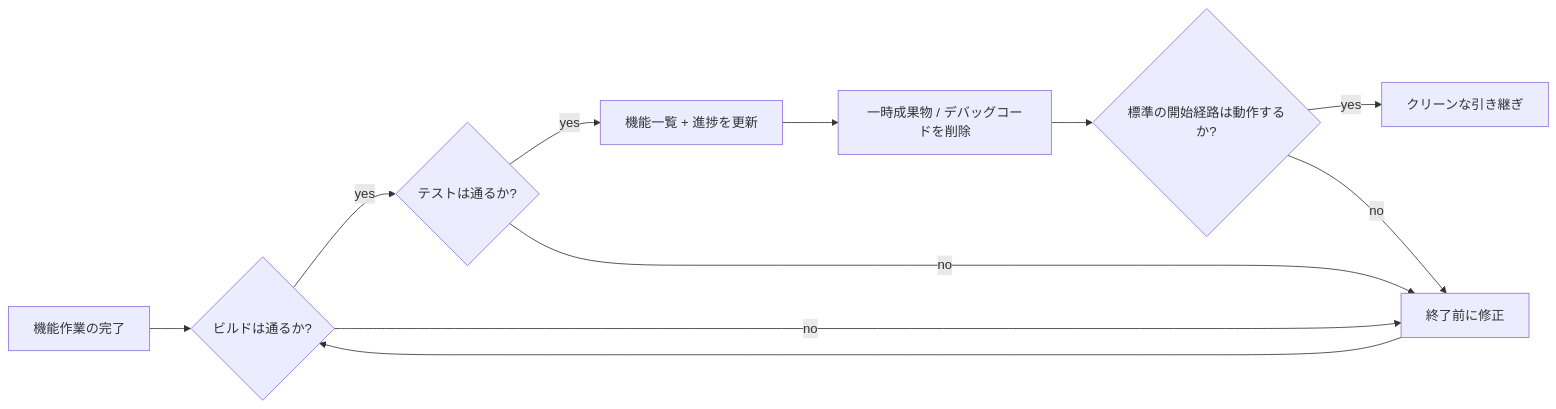
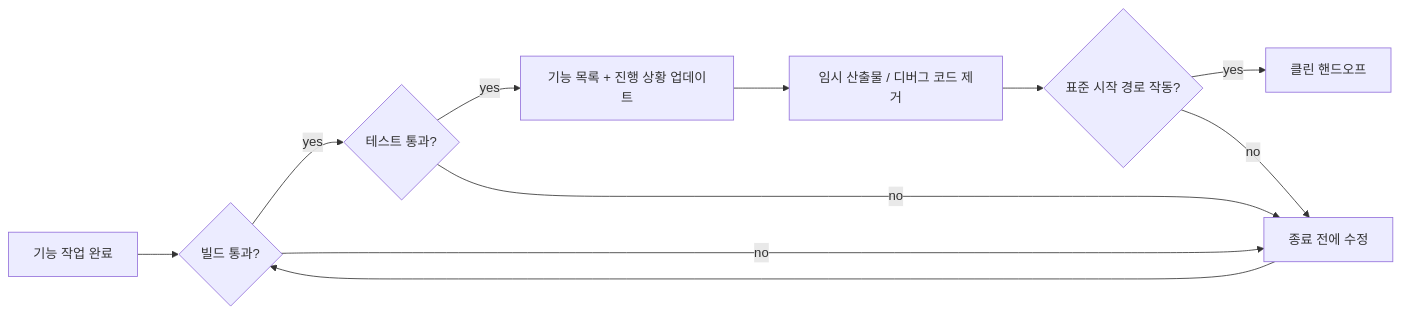
One commit to mkusaka/learn-harness-engineering changed the first of 2 diagrams in docs/ko/lectures/lecture-12-why-every-session-must-leave-a-clean-state/index.md. Above: the diagram before and after it, drawn with Mermaid. The commit also changed other lines of this file and 684 other files, not shown here.

````diff
--- a/docs/ko/lectures/lecture-12-why-every-session-must-leave-a-clean-state/index.md
+++ b/docs/ko/lectures/lecture-12-why-every-session-must-leave-a-clean-state/index.md
@@ -25,13 +25,13 @@
 ```mermaid
 flowchart LR
-    Work["機能作業の完了"] --> Build{"ビルドは通るか?"}
-    Build -->|yes| Test{"テストは通るか?"}
-    Build -->|no| Fix["終了前に修正"]
-    Test -->|yes| Record["機能一覧 + 進捗を更新"]
+    Work["기능 작업 완료"] --> Build{"빌드 통과?"}
+    Build -->|yes| Test{"테스트 통과?"}
+    Build -->|no| Fix["종료 전에 수정"]
+    Test -->|yes| Record["기능 목록 + 진행 상황 업데이트"]
     Test -->|no| Fix
-    Record --> Cleanup["一時成果物 / デバッグコードを削除"]
-    Cleanup --> Startup{"標準の開始経路は動作するか?"}
-    Startup -->|yes| Clean["クリーンな引き継ぎ"]
+    Record --> Cleanup["임시 산출물 / 디버그 코드 제거"]
+    Cleanup --> Startup{"표준 시작 경로 작동?"}
+    Startup -->|yes| Clean["클린 핸드오프"]
     Startup -->|no| Fix
     Fix --> Build
 ```
````
